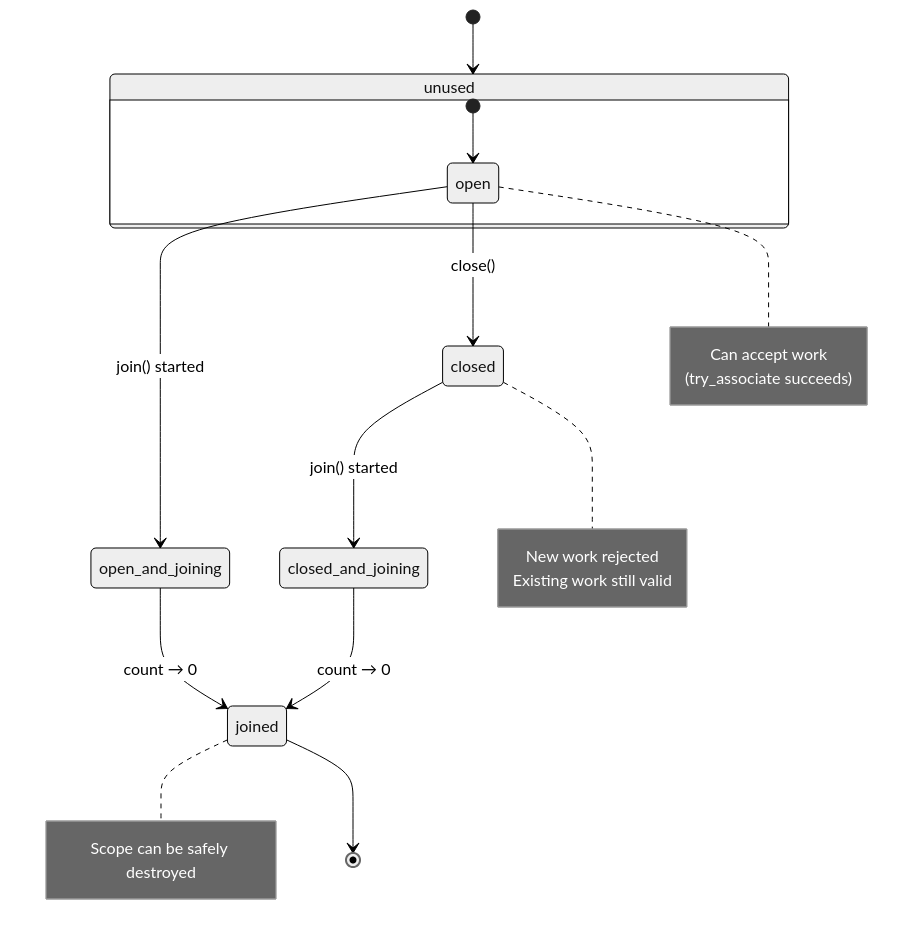
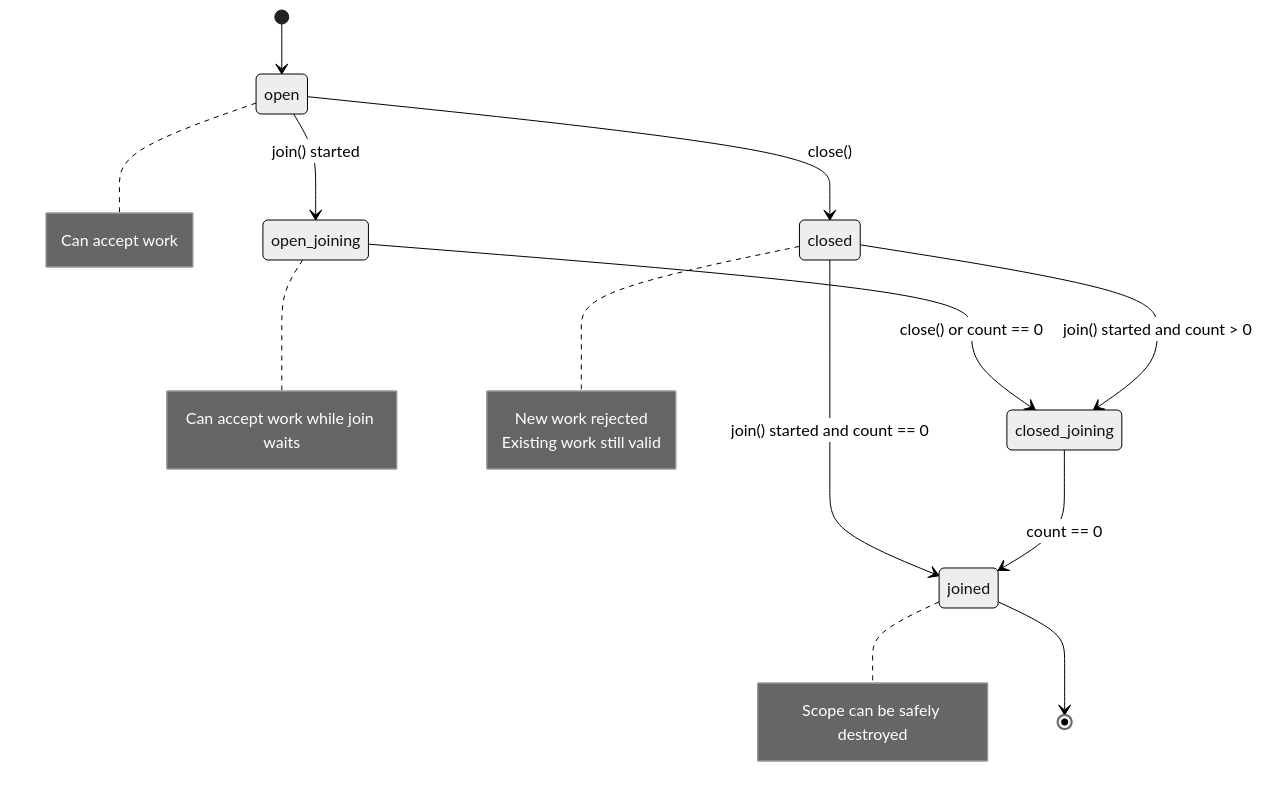
Before and after one commit to haomingbai/bexec: the first of 3 diagrams in docs/usage/counting-scopes.md, drawn with Mermaid (neutral theme). The commit also changed other lines of this file and 2 other files, not shown here.

Commit message:
perf: use lock-free design at simple_counting_scope

````diff
--- a/docs/usage/counting-scopes.md
+++ b/docs/usage/counting-scopes.md
@@ -9,21 +9,18 @@
 ```mermaid
 stateDiagram-v2
-    [*] --> unused
+    [*] --> open
 
-    state unused {
-        [*] --> open
-    }
+    open --> open_joining: join() started
+    open --> closed: close()
+    open_joining --> closed_joining: close() or count == 0
+    closed --> closed_joining: join() started and count > 0
+    closed --> joined: join() started and count == 0
+    closed_joining --> joined: count == 0
 
-    open --> open_and_joining: join() started
-    open --> closed: close()
-    closed --> closed_and_joining: join() started
-
-    open_and_joining --> joined: count → 0
-    closed_and_joining --> joined: count → 0
-
-    note right of open: Can accept work<br/>(try_associate succeeds)
+    note right of open: Can accept work
+    note right of open_joining: Can accept work while join waits
     note right of closed: New work rejected<br/>Existing work still valid
     note right of joined: Scope can be safely destroyed
 
     joined --> [*]
 ```
````
